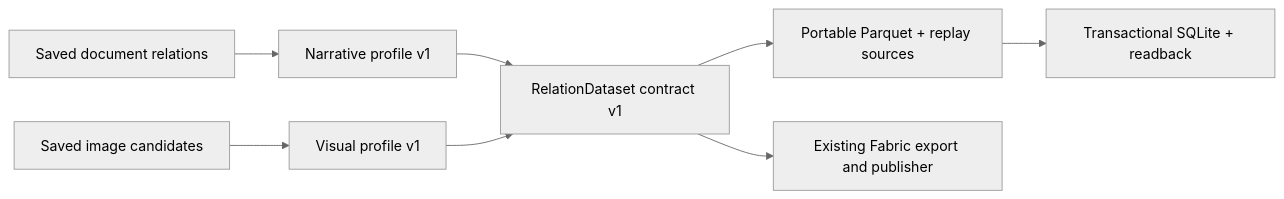
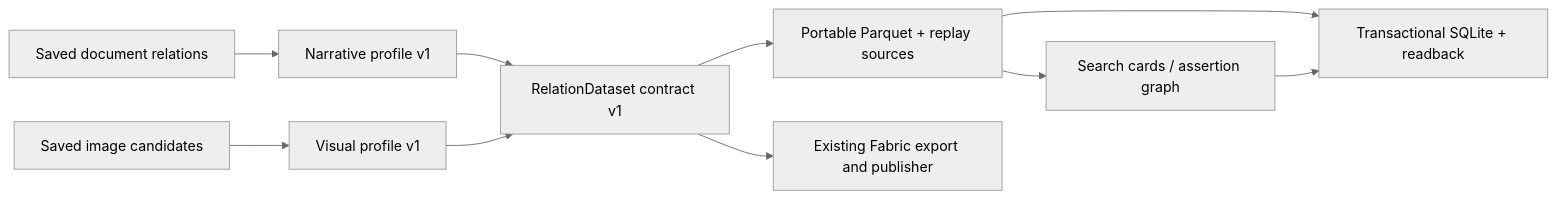
The diagram in docs/relation-datasets.md (RyoSpiralArchitect/sr-unstructured-adapter), drawn with Mermaid (neutral theme) before and after one commit. The commit also changed other lines of this file and 7 other files, not shown here.

Commit message:
Project portable relations into search cards and assertion graphs (#95)

````diff
--- a/docs/relation-datasets.md
+++ b/docs/relation-datasets.md
@@ -16,10 +16,12 @@
 ```mermaid
 flowchart LR
     D[Saved document relations] --> N[Narrative profile v1]
     I[Saved image candidates] --> V[Visual profile v1]
     N --> C[RelationDataset contract v1]
     V --> C
     C --> P[Portable Parquet + replay sources]
     C --> F[Existing Fabric export and publisher]
     P --> S[Transactional SQLite + readback]
+    P --> VIEWS[Search cards / assertion graph]
+    VIEWS --> S
 ```
````
